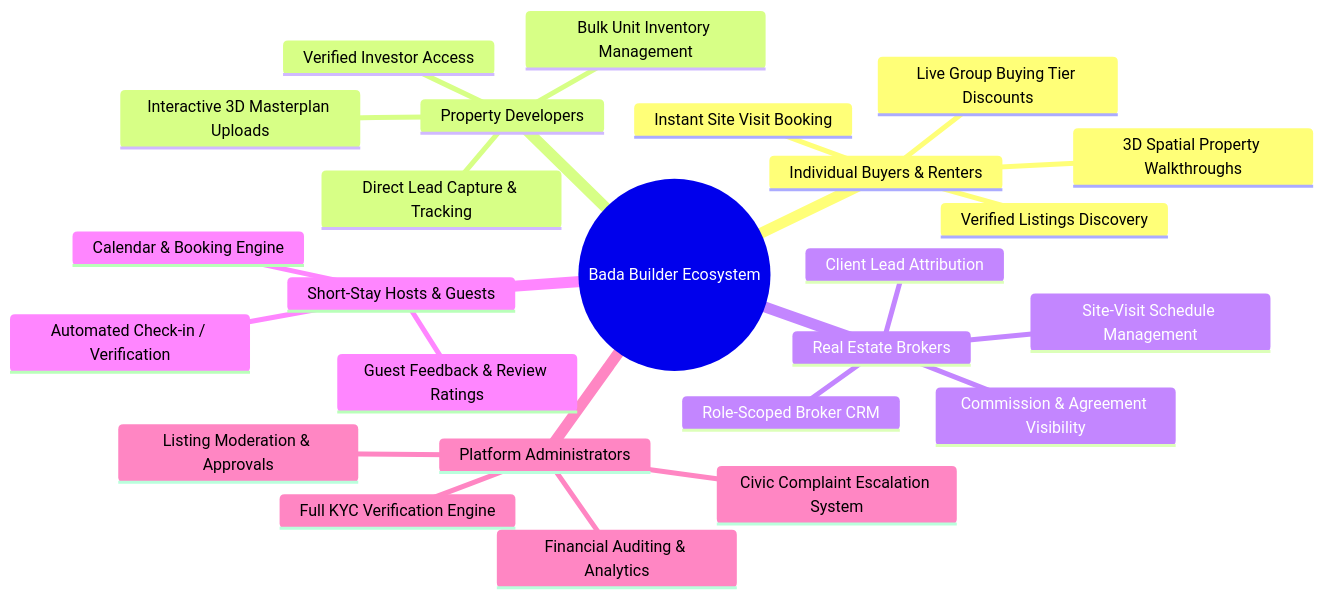
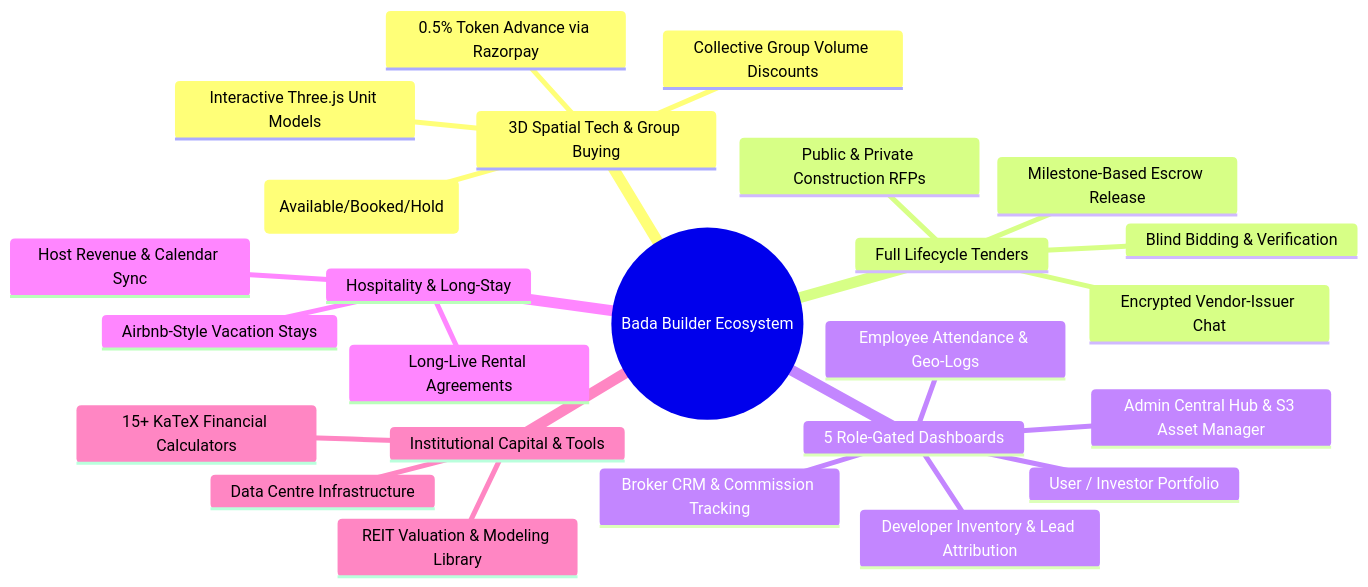
The first of 6 diagrams in README.md (sun2004ny/Bada_Builder), drawn with Mermaid before and after one commit. The commit also changed other lines of this file, not shown here.

````diff
--- a/README.md
+++ b/README.md
@@ -89,28 +77,28 @@
 ```mermaid
 mindmap
   root((Bada Builder Ecosystem))
-    Individual Buyers & Renters
-      Verified Listings Discovery
-      3D Spatial Property Walkthroughs
-      Live Group Buying Tier Discounts
-      Instant Site Visit Booking
-    Property Developers
-      Bulk Unit Inventory Management
-      Interactive 3D Masterplan Uploads
-      Direct Lead Capture & Tracking
-      Verified Investor Access
-    Real Estate Brokers
-      Role-Scoped Broker CRM
-      Client Lead Attribution
-      Site-Visit Schedule Management
-      Commission & Agreement Visibility
-    Short-Stay Hosts & Guests
-      Calendar & Booking Engine
-      Automated Check-in / Verification
-      Guest Feedback & Review Ratings
-    Platform Administrators
-      Full KYC Verification Engine
-      Listing Moderation & Approvals
-      Financial Auditing & Analytics
-      Civic Complaint Escalation System
+    3D Spatial Tech & Group Buying
+      Interactive Three.js Unit Models
+      Status Color Coding (Available/Booked/Hold)
+      Collective Group Volume Discounts
+      0.5% Token Advance via Razorpay
+    Full Lifecycle Tenders
+      Public & Private Construction RFPs
+      Blind Bidding & Verification
+      Encrypted Vendor-Issuer Chat
+      Milestone-Based Escrow Release
+    5 Role-Gated Dashboards
+      Admin Central Hub & S3 Asset Manager
+      Developer Inventory & Lead Attribution
+      Broker CRM & Commission Tracking
+      Employee Attendance & Geo-Logs
+      User / Investor Portfolio
+    Hospitality & Long-Stay
+      Airbnb-Style Vacation Stays
+      Host Revenue & Calendar Sync
+      Long-Live Rental Agreements
+    Institutional Capital & Tools
+      Data Centre Infrastructure
+      15+ KaTeX Financial Calculators
+      REIT Valuation & Modeling Library
 ```
````
